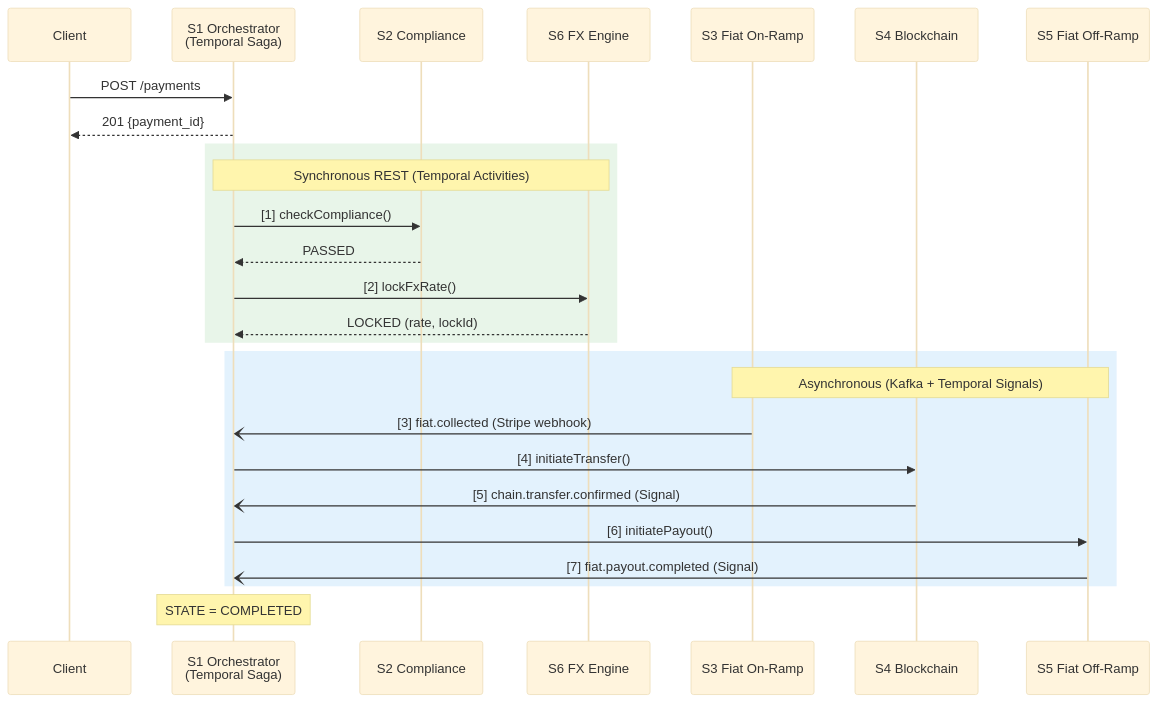
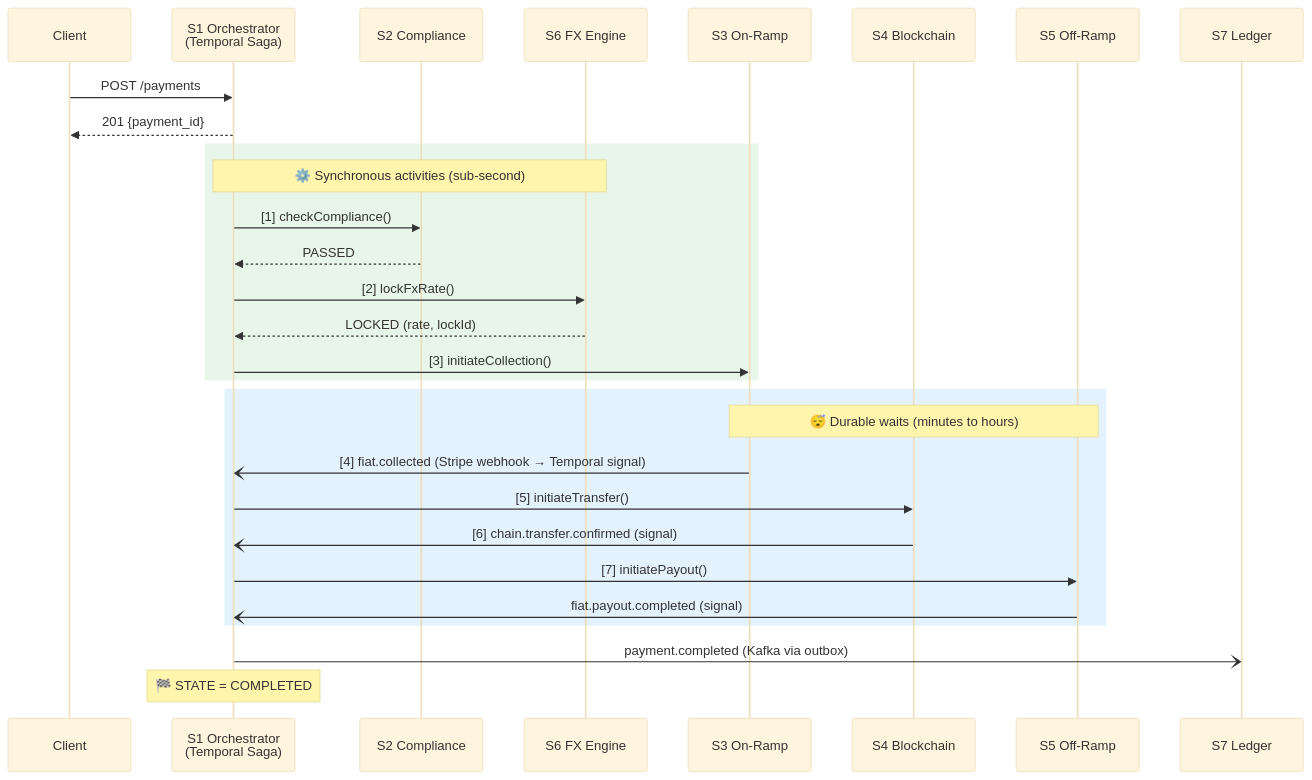
Before and after one commit to Puneethkumarck/stablebridge-platform: the third of 5 diagrams in README.md, drawn with Mermaid (base theme). The commit also changed other lines of this file, not shown here.

````diff
--- a/README.md
+++ b/README.md
@@ -235,32 +213,35 @@
 ```mermaid
 sequenceDiagram
     participant Client
     participant S1 as S1 Orchestrator<br/>(Temporal Saga)
     participant S2 as S2 Compliance
     participant S6 as S6 FX Engine
-    participant S3 as S3 Fiat On-Ramp
+    participant S3 as S3 On-Ramp
     participant S4 as S4 Blockchain
-    participant S5 as S5 Fiat Off-Ramp
+    participant S5 as S5 Off-Ramp
+    participant S7 as S7 Ledger
 
     Client->>S1: POST /payments
     S1-->>Client: 201 {payment_id}
 
     rect rgb(232, 245, 233)
-        Note over S1,S6: Synchronous REST (Temporal Activities)
+        Note over S1,S6: ⚙️ Synchronous activities (sub-second)
         S1->>S2: [1] checkCompliance()
         S2-->>S1: PASSED
         S1->>S6: [2] lockFxRate()
         S6-->>S1: LOCKED (rate, lockId)
+        S1->>S3: [3] initiateCollection()
     end
 
     rect rgb(227, 242, 253)
-        Note over S3,S5: Asynchronous (Kafka + Temporal Signals)
-        S3-)S1: [3] fiat.collected (Stripe webhook)
-        S1->>S4: [4] initiateTransfer()
-        S4-)S1: [5] chain.transfer.confirmed (Signal)
-        S1->>S5: [6] initiatePayout()
-        S5-)S1: [7] fiat.payout.completed (Signal)
+        Note over S3,S5: 😴 Durable waits (minutes to hours)
+        S3-)S1: [4] fiat.collected (Stripe webhook → Temporal signal)
+        S1->>S4: [5] initiateTransfer()
+        S4-)S1: [6] chain.transfer.confirmed (signal)
+        S1->>S5: [7] initiatePayout()
+        S5-)S1: fiat.payout.completed (signal)
     end
 
-    Note over S1: STATE = COMPLETED
+    S1-)S7: payment.completed (Kafka via outbox)
+    Note over S1: 🏁 STATE = COMPLETED
 ```
````
